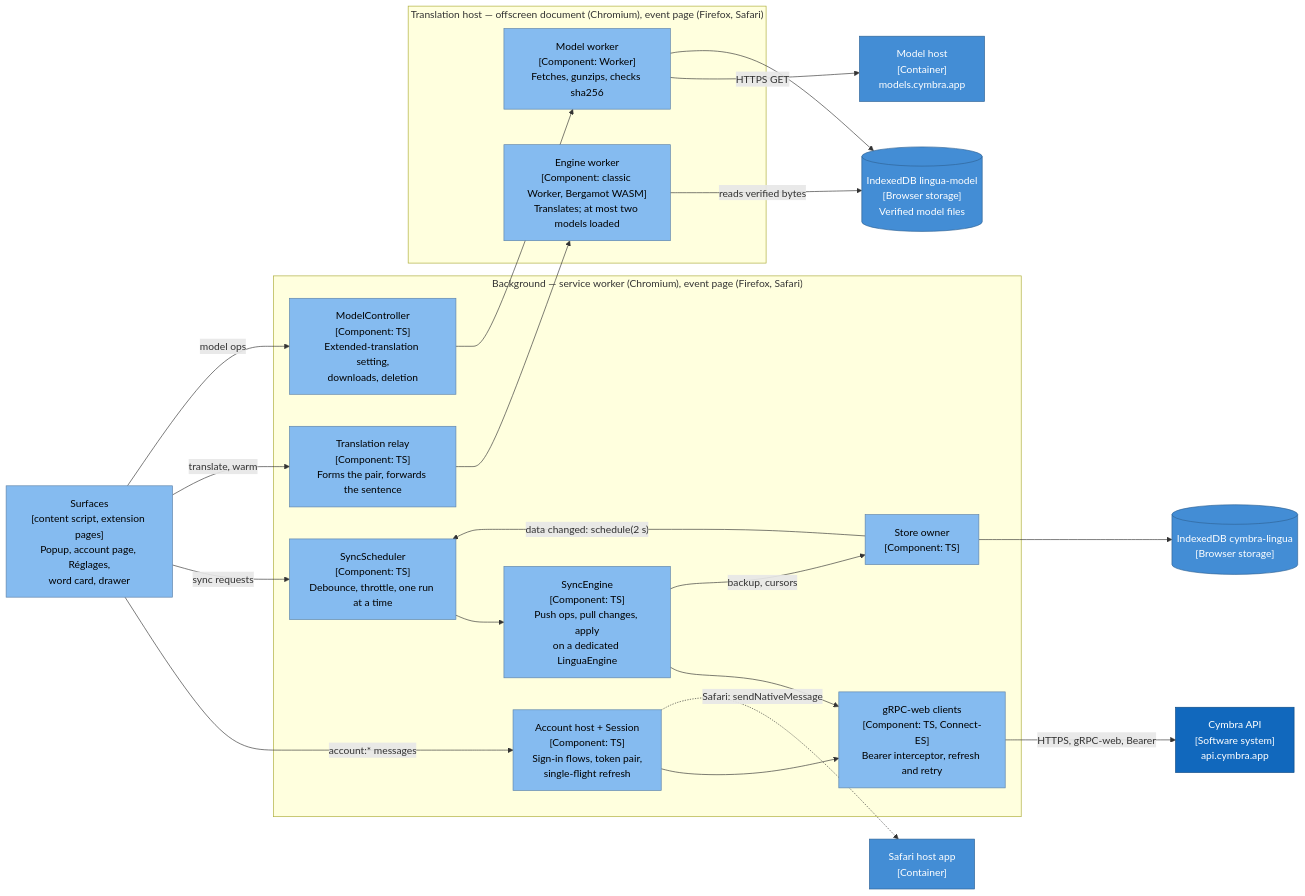
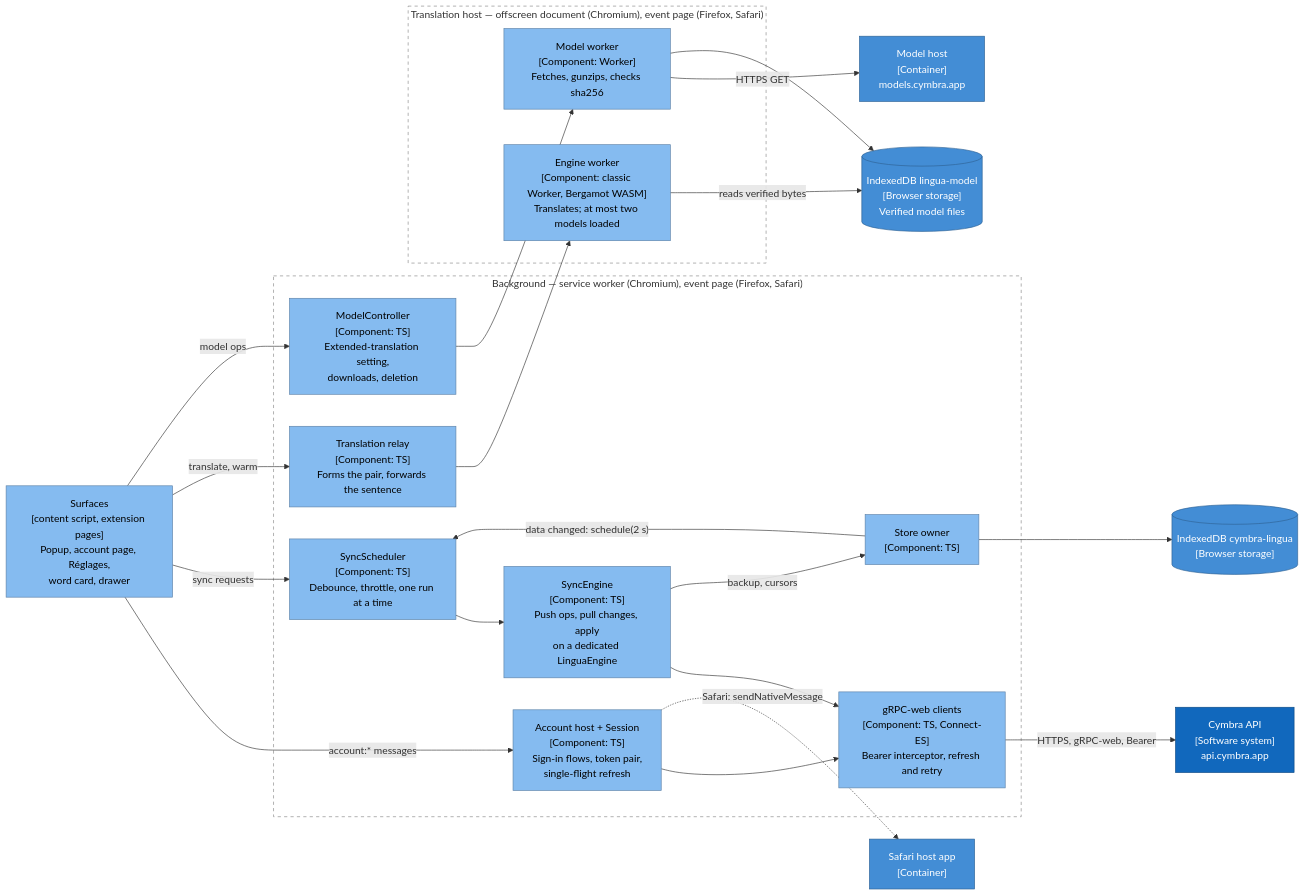
One commit to NEETROF/cymbra changed the sixth of 15 diagrams in docs/lingua/architecture.md. Above: the diagram before and after it, drawn with Mermaid. The commit also changed other lines of this file and 1 other file, not shown here.

Commit message:
docs(lingua): link the architecture, dashed boundaries, accuracy fixes

````diff
--- a/docs/lingua/architecture.md
+++ b/docs/lingua/architecture.md
@@ -459,47 +467,49 @@
 ```mermaid
 flowchart LR
     surfaces["Surfaces<br/>[content script, extension pages]<br/>Popup, account page, Réglages,<br/>word card, drawer"]:::component
 
     subgraph bg ["Background — service worker (Chromium), event page (Firefox, Safari)"]
         acct["Account host + Session<br/>[Component: TS]<br/>Sign-in flows, token pair,<br/>single-flight refresh"]:::component
         transport["gRPC-web clients<br/>[Component: TS, Connect-ES]<br/>Bearer interceptor, refresh and retry"]:::component
         sched["SyncScheduler<br/>[Component: TS]<br/>Debounce, throttle, one run at a time"]:::component
         sync["SyncEngine<br/>[Component: TS]<br/>Push ops, pull changes, apply<br/>on a dedicated LinguaEngine"]:::component
         owner["Store owner<br/>[Component: TS]"]:::component
         relay["Translation relay<br/>[Component: TS]<br/>Forms the pair, forwards the sentence"]:::component
         modelctl["ModelController<br/>[Component: TS]<br/>Extended-translation setting,<br/>downloads, deletion"]:::component
     end
 
     subgraph host ["Translation host — offscreen document (Chromium), event page (Firefox, Safari)"]
         eworker["Engine worker<br/>[Component: classic Worker, Bergamot WASM]<br/>Translates; at most two models loaded"]:::component
         mworker["Model worker<br/>[Component: Worker]<br/>Fetches, gunzips, checks sha256"]:::component
     end
 
     modeldb[("IndexedDB lingua-model<br/>[Browser storage]<br/>Verified model files")]:::container
     idb[("IndexedDB cymbra-lingua<br/>[Browser storage]")]:::container
     api["Cymbra API<br/>[Software system]<br/>api.cymbra.app"]:::system
     modelhost["Model host<br/>[Container]<br/>models.cymbra.app"]:::container
     native["Safari host app<br/>[Container]"]:::container
 
     surfaces -- "account:* messages" --> acct
     surfaces -- "sync requests" --> sched
     surfaces -- "translate, warm" --> relay
     surfaces -- "model ops" --> modelctl
     acct --> transport
     sched --> sync
     sync --> transport
     sync -- "backup, cursors" --> owner
     owner --> idb
     owner -- "data changed: schedule(2 s)" --> sched
     transport -- "HTTPS, gRPC-web, Bearer" --> api
     acct -. "Safari: sendNativeMessage" .-> native
     relay --> eworker
     modelctl --> mworker
     mworker -- "HTTPS GET" --> modelhost
     mworker --> modeldb
     eworker -- "reads verified bytes" --> modeldb
 
     classDef system fill:#1168bd,stroke:#0b4884,color:#ffffff
     classDef container fill:#438dd5,stroke:#2e6295,color:#ffffff
     classDef component fill:#85bbf0,stroke:#5d82a8,color:#000000
+    style bg fill:none,stroke:#888888,stroke-dasharray:5 5
+    style host fill:none,stroke:#888888,stroke-dasharray:5 5
 ```
````
